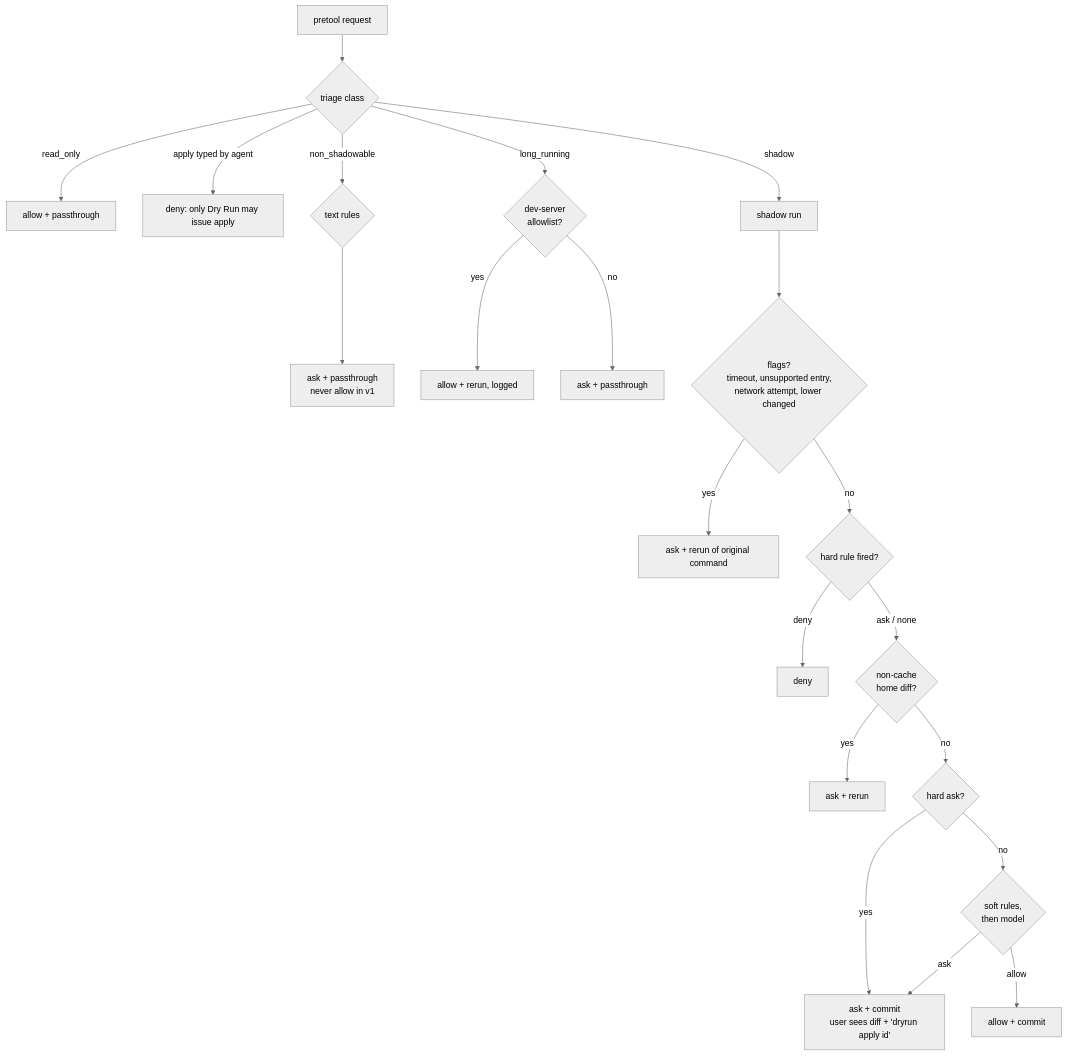
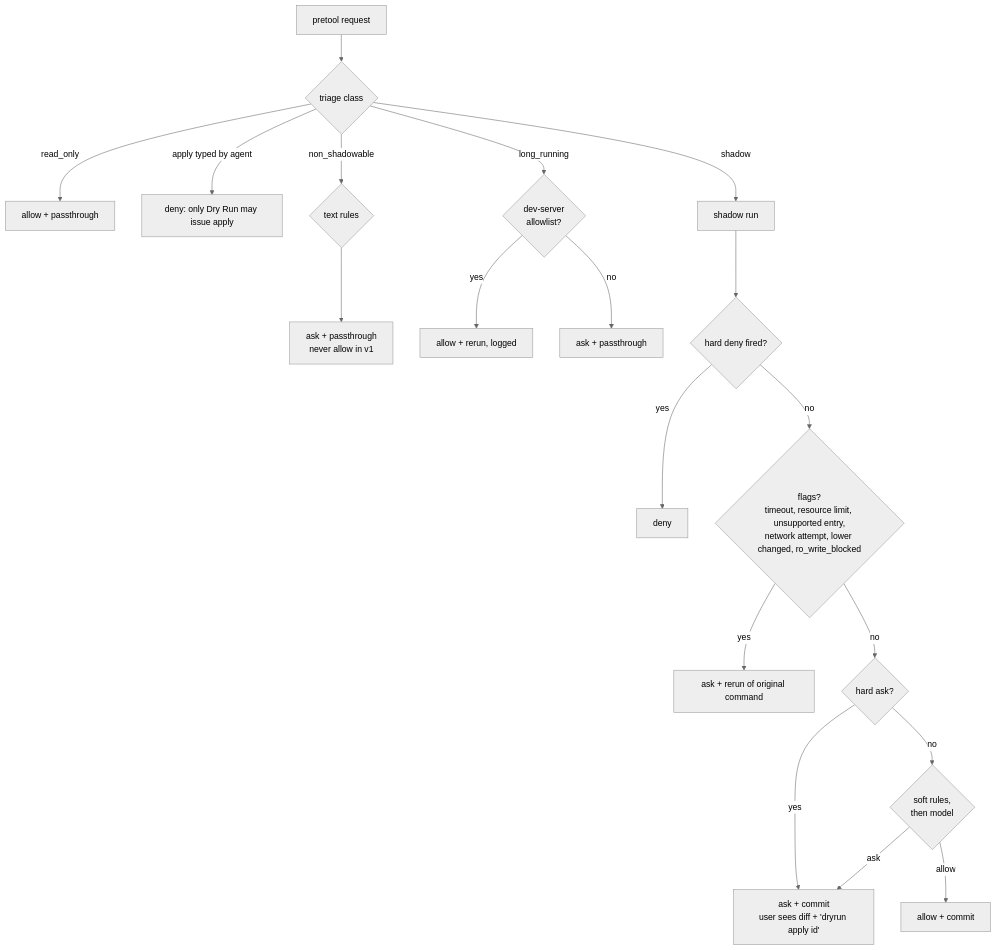
The fourth of 12 diagrams in docs/ARCHITECTURE.md (RyanL2/dry-run), drawn with Mermaid (neutral theme) before and after one commit. The commit also changed other lines of this file and 8 other files, not shown here.

````diff
--- a/docs/ARCHITECTURE.md
+++ b/docs/ARCHITECTURE.md
@@ -139,23 +139,21 @@
 ```mermaid
 flowchart TD
     IN[pretool request] --> TA{triage class}
     TA -- read_only --> R1["allow + passthrough"]
     TA -- "apply typed by agent" --> R2["deny: only Dry Run may issue apply"]
     TA -- non_shadowable --> TXR{text rules}
     TXR --> R3["ask + passthrough<br/>never allow in v1"]
     TA -- long_running --> LR{"dev-server<br/>allowlist?"}
     LR -- yes --> R4["allow + rerun, logged"]
     LR -- no --> R5[ask + passthrough]
     TA -- shadow --> SH[shadow run]
-    SH --> FL{"flags?<br/>timeout, unsupported entry,<br/>network attempt, lower changed"}
+    SH --> HD{hard deny fired?}
+    HD -- yes --> R7[deny]
+    HD -- no --> FL{"flags?<br/>timeout, resource limit, unsupported entry,<br/>network attempt, lower changed, ro_write_blocked"}
     FL -- yes --> R6["ask + rerun of original command"]
-    FL -- no --> HR{hard rule fired?}
-    HR -- deny --> R7[deny]
-    HR -- "ask / none" --> HM{"non-cache<br/>home diff?"}
-    HM -- yes --> R8["ask + rerun"]
-    HM -- no --> HA{hard ask?}
+    FL -- no --> HA{hard ask?}
     HA -- yes --> R9["ask + commit<br/>user sees diff + 'dryrun apply id'"]
     HA -- no --> SR{"soft rules,<br/>then model"}
     SR -- ask --> R9
     SR -- allow --> R10["allow + commit"]
 ```
````
